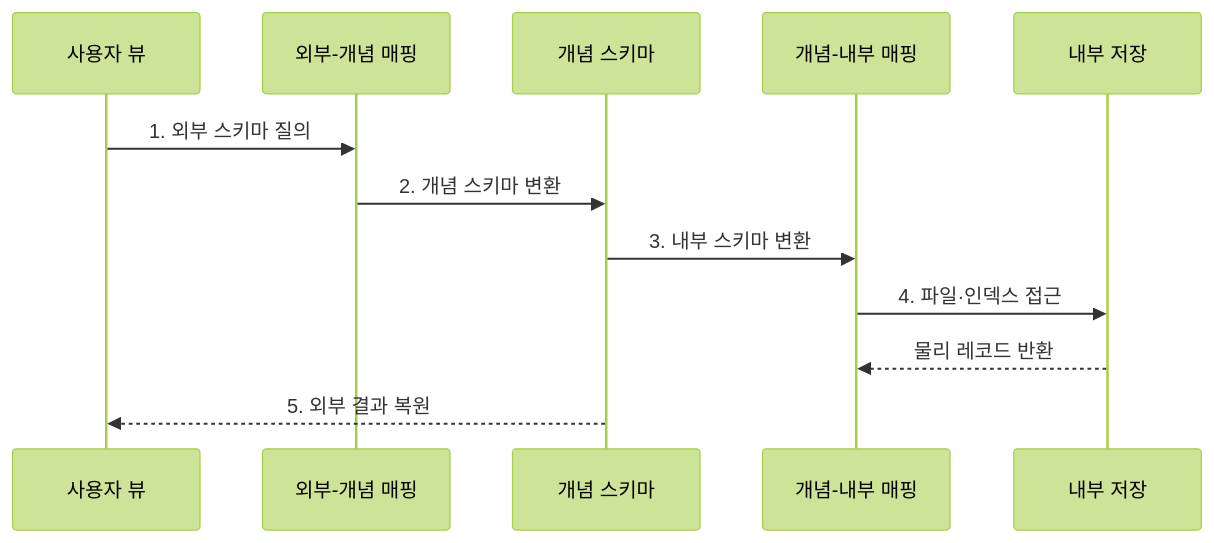
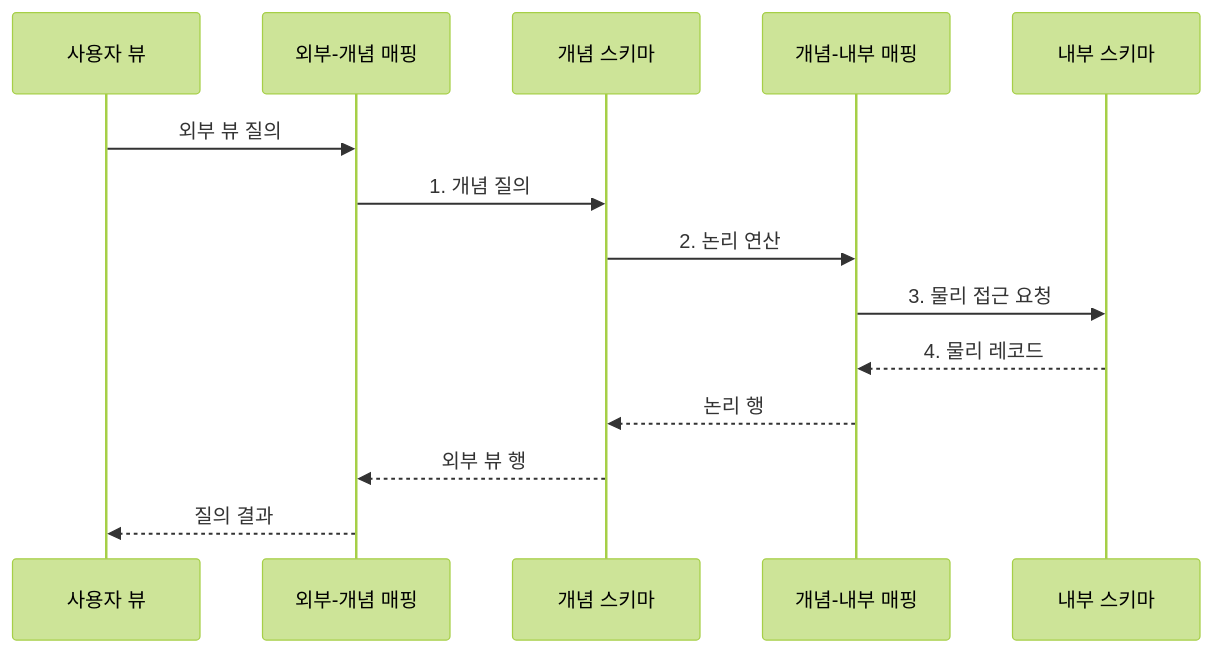
The second of 2 diagrams in src/content/docs/notes/03-software/112_three_level_schema.md (agnusdei1207/knowledge-base), drawn with Mermaid (forest theme) before and after one commit. The commit also changed other lines of this file and 20 other files, not shown here.

````diff
--- a/src/content/docs/notes/03-software/112_three_level_schema.md
+++ b/src/content/docs/notes/03-software/112_three_level_schema.md
@@ -75,14 +82,16 @@
 ```mermaid
 sequenceDiagram
     participant U as 사용자 뷰
     participant E as 외부-개념 매핑
     participant C as 개념 스키마
     participant I as 개념-내부 매핑
-    participant S as 내부 저장
-    U->>E: 1. 외부 스키마 질의
-    E->>C: 2. 개념 스키마 변환
-    C->>I: 3. 내부 스키마 변환
-    I->>S: 4. 파일·인덱스 접근
-    S-->>I: 물리 레코드 반환
-    C-->>U: 5. 외부 결과 복원
+    participant S as 내부 스키마
+    U->>E: 외부 뷰 질의
+    E->>C: 1. 개념 질의
+    C->>I: 2. 논리 연산
+    I->>S: 3. 물리 접근 요청
+    S-->>I: 4. 물리 레코드
+    I-->>C: 논리 행
+    C-->>E: 외부 뷰 행
+    E-->>U: 질의 결과
 ```
````
